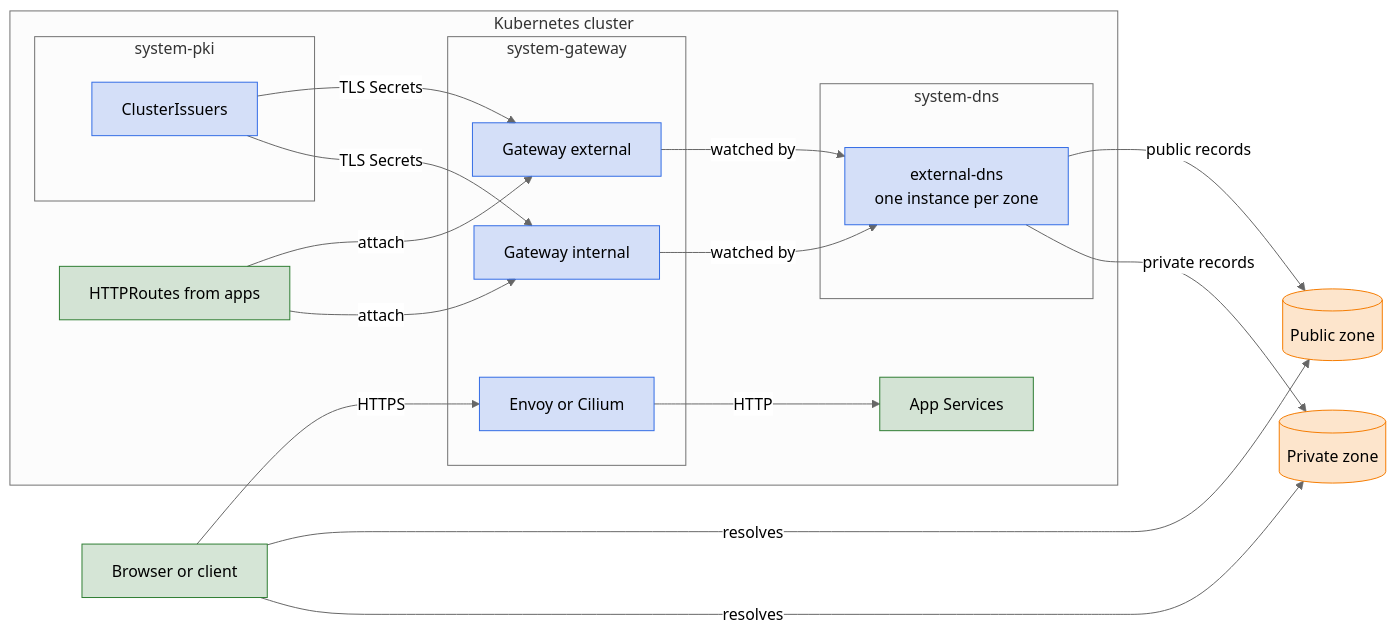
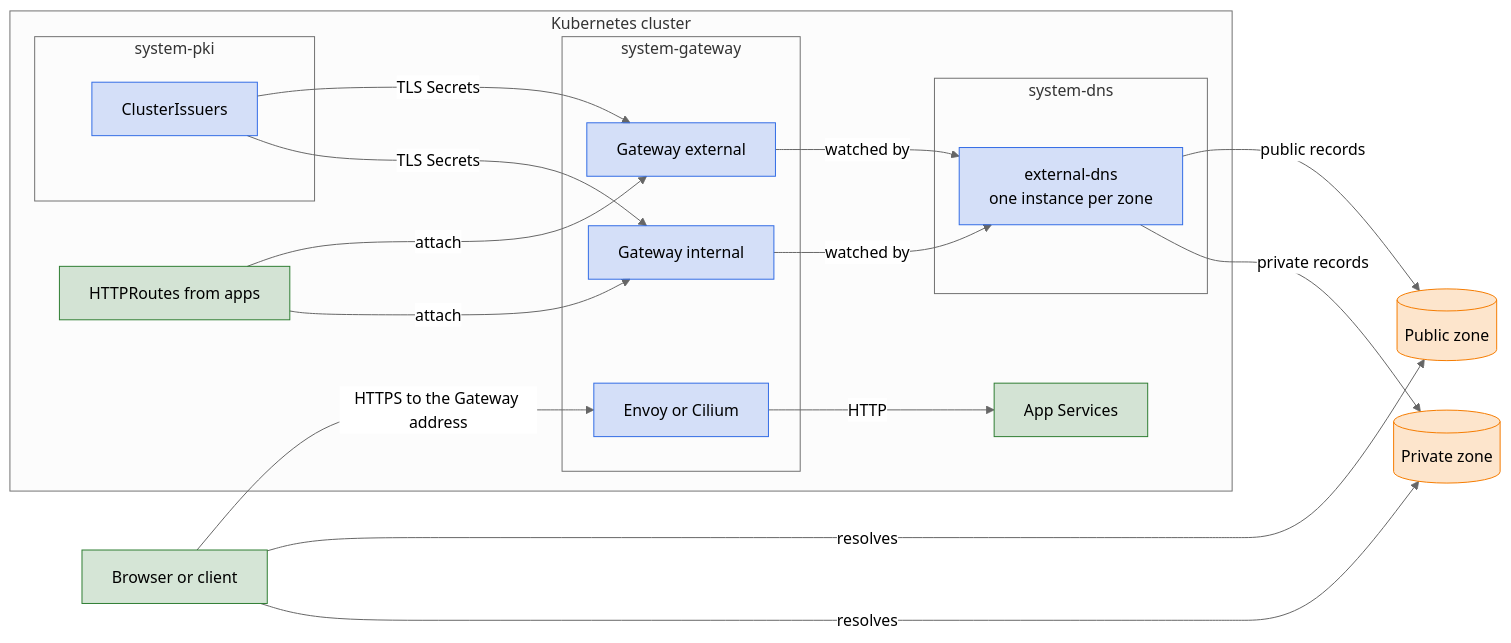
One commit to windsorcli/core changed the diagram in docs/guides/gateway/index.md. Above: the diagram before and after it, drawn with Mermaid (neutral theme). The commit also changed other lines of this file and 11 other files, not shown here.

````diff
--- a/docs/guides/gateway/index.md
+++ b/docs/guides/gateway/index.md
@@ -168,46 +194,46 @@
 ```mermaid
 flowchart LR
   client[Browser or client]
 
   subgraph cluster[Kubernetes cluster]
     routes[HTTPRoutes from apps]
 
     subgraph systempki[system-pki]
       issuer[ClusterIssuers]
     end
 
     subgraph systemgateway[system-gateway]
       external[Gateway external]
       internal[Gateway internal]
       proxy[Envoy or Cilium]
     end
 
     subgraph systemdns[system-dns]
       edns[external-dns<br/>one instance per zone]
     end
 
     apps[App Services]
   end
 
   publiczone[(Public zone)]
   privatezone[(Private zone)]
 
-  client -->|HTTPS| proxy
+  client -->|HTTPS to the Gateway address| proxy
   proxy -->|HTTP| apps
   routes -->|attach| external
   routes -->|attach| internal
   issuer -->|TLS Secrets| external
   issuer -->|TLS Secrets| internal
   external -->|watched by| edns
   internal -->|watched by| edns
   edns -->|public records| publiczone
   edns -->|private records| privatezone
   client -->|resolves| publiczone
   client -->|resolves| privatezone
   classDef app fill:#2E7D3233,stroke:#2E7D32
   classDef store fill:#F57C0033,stroke:#F57C00
   classDef k8s fill:#326CE533,stroke:#326CE5
   class client,routes,apps app
   class publiczone,privatezone store
   class edns,issuer,external,internal,proxy k8s
 ```
````
